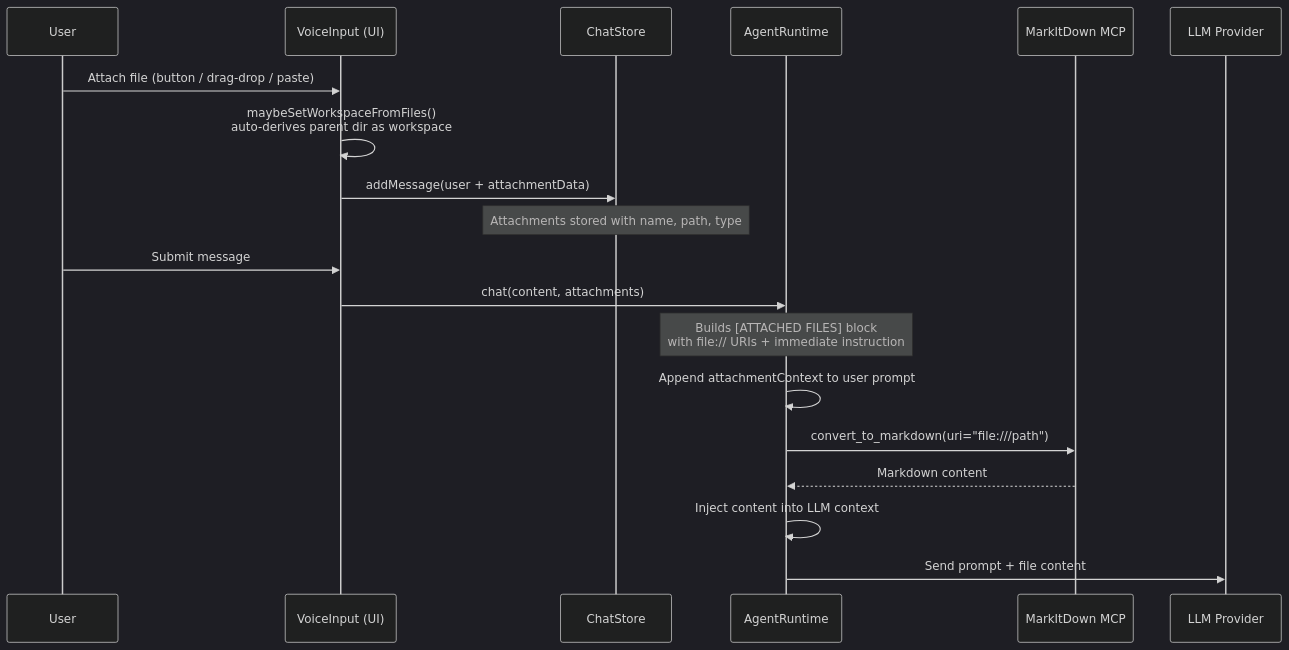
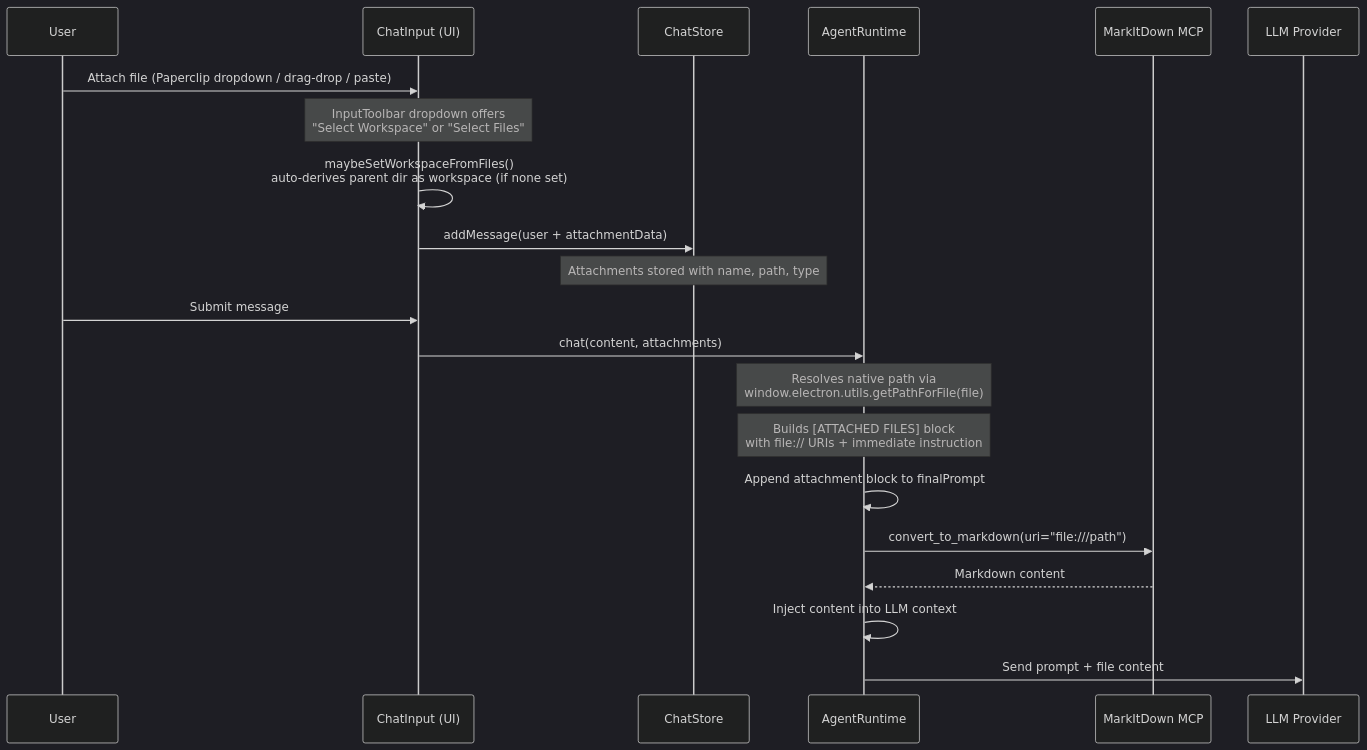
Before and after one commit to meharajM/ai-worker.app: the eighth of 32 diagrams in architecture.md, drawn with Mermaid (dark theme). The commit also changed other lines of this file and 8 other files, not shown here.

First line of the commit message:
feat: file attachment hardening + InputToolbar unification (v1.3)

````diff
--- a/architecture.md
+++ b/architecture.md
@@ -322,24 +334,26 @@
 ```mermaid
 sequenceDiagram
     participant User
-    participant VoiceInput as VoiceInput (UI)
+    participant ChatInput as ChatInput (UI)
     participant ChatStore
     participant AgentRuntime
     participant MarkItDown as MarkItDown MCP
 
-    User->>VoiceInput: Attach file (button / drag-drop / paste)
-    VoiceInput->>VoiceInput: maybeSetWorkspaceFromFiles()<br/>auto-derives parent dir as workspace
-    VoiceInput->>ChatStore: addMessage(user + attachmentData)
+    User->>ChatInput: Attach file (Paperclip dropdown / drag-drop / paste)
+    Note over ChatInput: InputToolbar dropdown offers<br/>"Select Workspace" or "Select Files"
+    ChatInput->>ChatInput: maybeSetWorkspaceFromFiles()<br/>auto-derives parent dir as workspace (if none set)
+    ChatInput->>ChatStore: addMessage(user + attachmentData)
     Note over ChatStore: Attachments stored with name, path, type
 
-    User->>VoiceInput: Submit message
-    VoiceInput->>AgentRuntime: chat(content, attachments)
+    User->>ChatInput: Submit message
+    ChatInput->>AgentRuntime: chat(content, attachments)
 
+    Note over AgentRuntime: Resolves native path via<br/>window.electron.utils.getPathForFile(file)
     Note over AgentRuntime: Builds [ATTACHED FILES] block<br/>with file:// URIs + immediate instruction
-    AgentRuntime->>AgentRuntime: Append attachmentContext to user prompt
+    AgentRuntime->>AgentRuntime: Append attachment block to finalPrompt
 
     AgentRuntime->>MarkItDown: convert_to_markdown(uri="file:///path")
     MarkItDown-->>AgentRuntime: Markdown content
     AgentRuntime->>AgentRuntime: Inject content into LLM context
     AgentRuntime->>LLM Provider: Send prompt + file content
 ```
````
